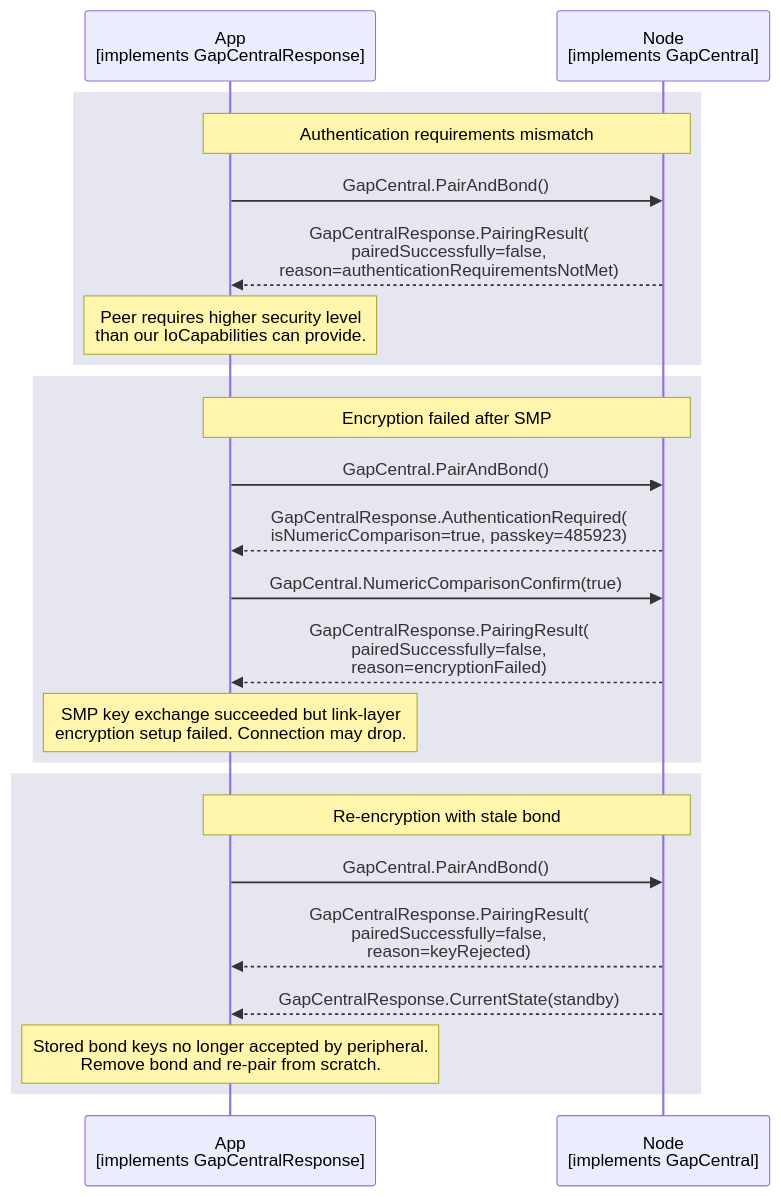
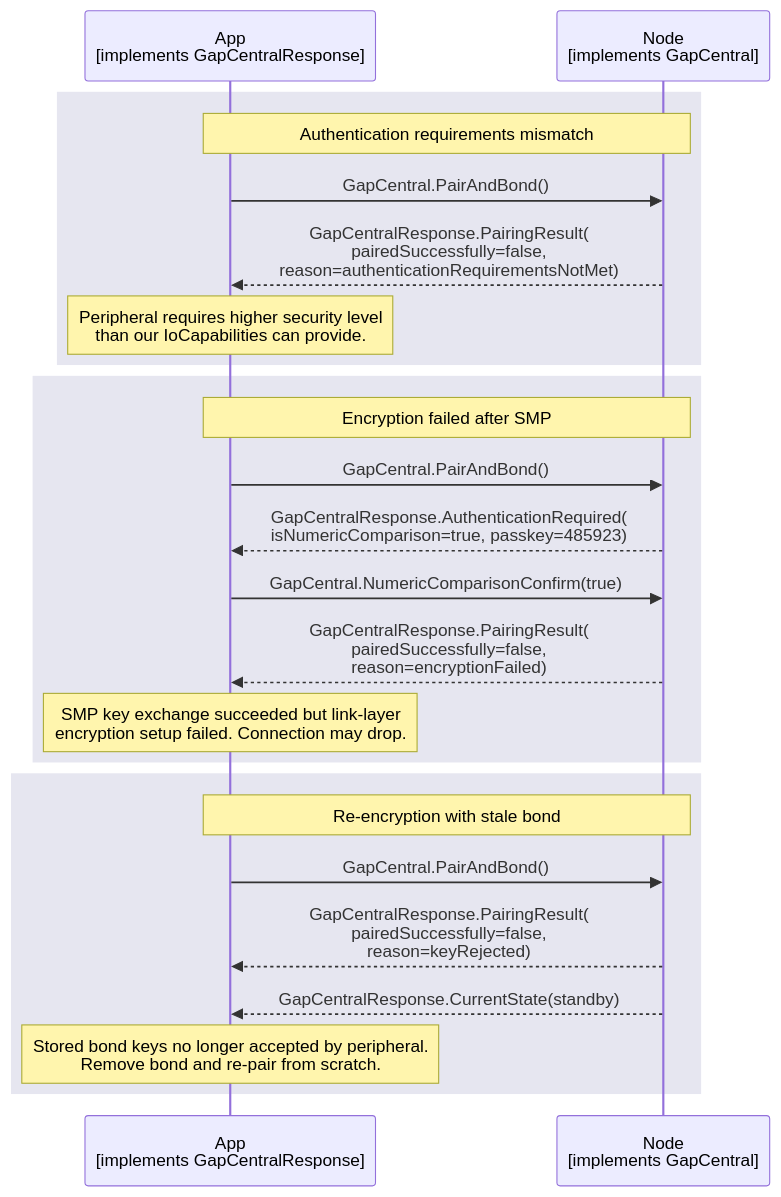
Before and after one commit to philips-software/amp-embedded-infra-lib: the diagram in documents/modules/ROOT/partials/echoservices/gap_central/GapCentral_PairingFailureReasons_sequence.mmd, drawn with Mermaid. The commit also changed 10 other files, not shown here.

Commit message:
peer -> peripheral naming

```diff
--- a/documents/modules/ROOT/partials/echoservices/gap_central/GapCentral_PairingFailureReasons_sequence.mmd
+++ b/documents/modules/ROOT/partials/echoservices/gap_central/GapCentral_PairingFailureReasons_sequence.mmd
@@ -1,30 +1,30 @@
 sequenceDiagram
     participant App as App<br>[implements GapCentralResponse]
     participant Node as Node<br>[implements GapCentral]
 
     rect rgb(230, 230, 240)
         note over App, Node: Authentication requirements mismatch
         App->>Node: GapCentral.PairAndBond()
         Node-->>App: GapCentralResponse.PairingResult(<br>pairedSuccessfully=false,<br>reason=authenticationRequirementsNotMet)
 
-        Note over App: Peer requires higher security level<br>than our IoCapabilities can provide.
+        Note over App: Peripheral requires higher security level<br>than our IoCapabilities can provide.
     end
 
     rect rgb(230, 230, 240)
         note over App, Node: Encryption failed after SMP
         App->>Node: GapCentral.PairAndBond()
         Node-->>App: GapCentralResponse.AuthenticationRequired(<br>isNumericComparison=true, passkey=485923)
         App->>Node: GapCentral.NumericComparisonConfirm(true)
         Node-->>App: GapCentralResponse.PairingResult(<br>pairedSuccessfully=false,<br>reason=encryptionFailed)
 
         Note over App: SMP key exchange succeeded but link-layer<br>encryption setup failed. Connection may drop.
     end
 
     rect rgb(230, 230, 240)
         note over App, Node: Re-encryption with stale bond
         App->>Node: GapCentral.PairAndBond()
         Node-->>App: GapCentralResponse.PairingResult(<br>pairedSuccessfully=false,<br>reason=keyRejected)
         Node-->>App: GapCentralResponse.CurrentState(standby)
 
         Note over App: Stored bond keys no longer accepted by peripheral.<br>Remove bond and re-pair from scratch.
     end
```
